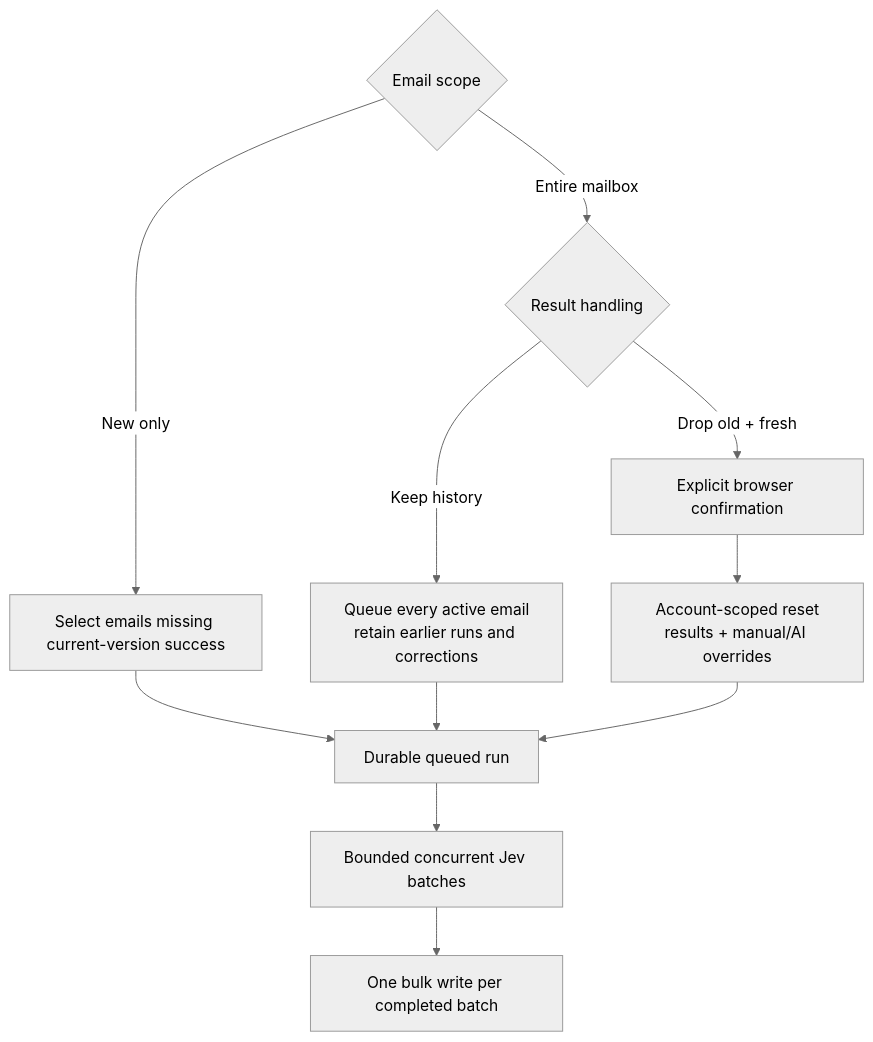
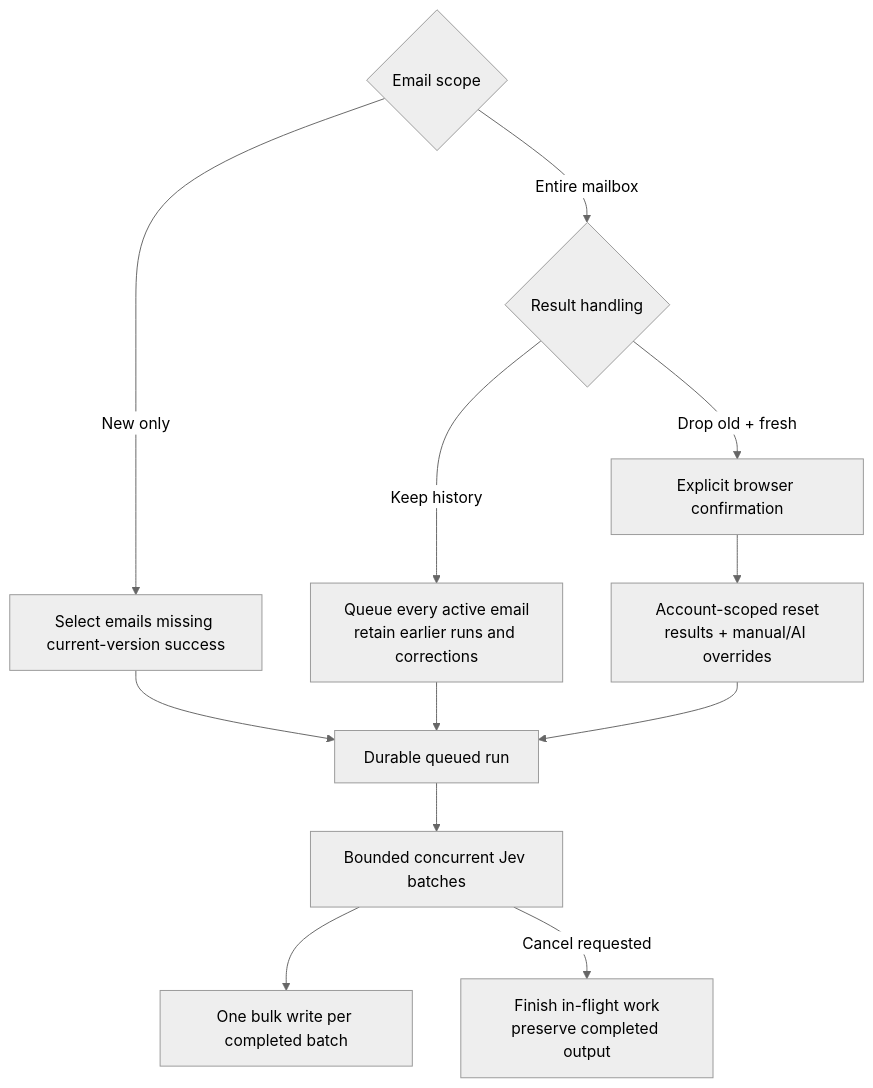
Before and after one commit to Tirth-1999/email-automation-jev: the ninth of 19 diagrams in README.md, drawn with Mermaid (neutral theme). The commit also changed other lines of this file and 15 other files, not shown here.

````diff
--- a/README.md
+++ b/README.md
@@ -279,14 +279,15 @@
 ```mermaid
 flowchart TB
     Scope{"Email scope"}
     Scope -->|New only| Incremental["Select emails missing current-version success"]
     Scope -->|Entire mailbox| Mode{"Result handling"}
     Mode -->|Keep history| Reprocess["Queue every active email<br/>retain earlier runs and corrections"]
     Mode -->|Drop old + fresh| Confirm["Explicit browser confirmation"]
     Confirm --> Reset["Account-scoped reset<br/>results + manual/AI overrides"]
     Incremental --> Queue["Durable queued run"]
     Reprocess --> Queue
     Reset --> Queue
     Queue --> Batch["Bounded concurrent Jev batches"]
     Batch --> Save["One bulk write per completed batch"]
+    Batch -->|Cancel requested| Stop["Finish in-flight work<br/>preserve completed output"]
 ```
````
